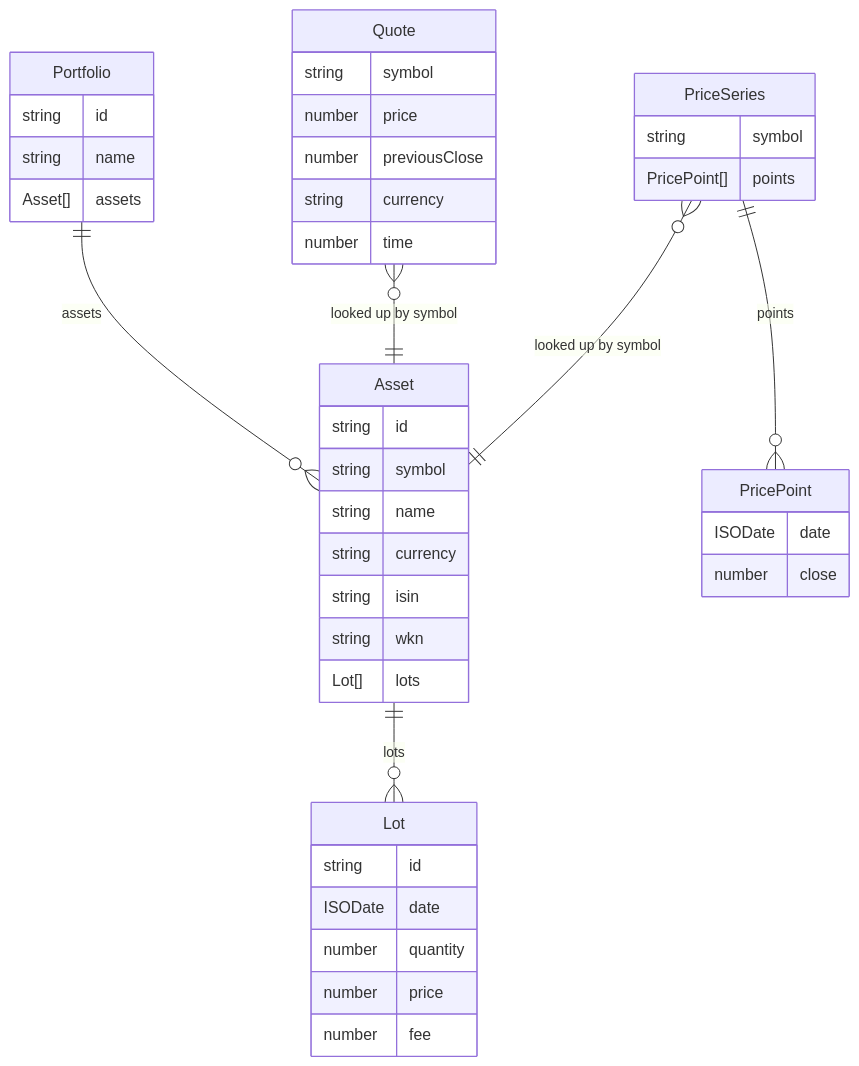
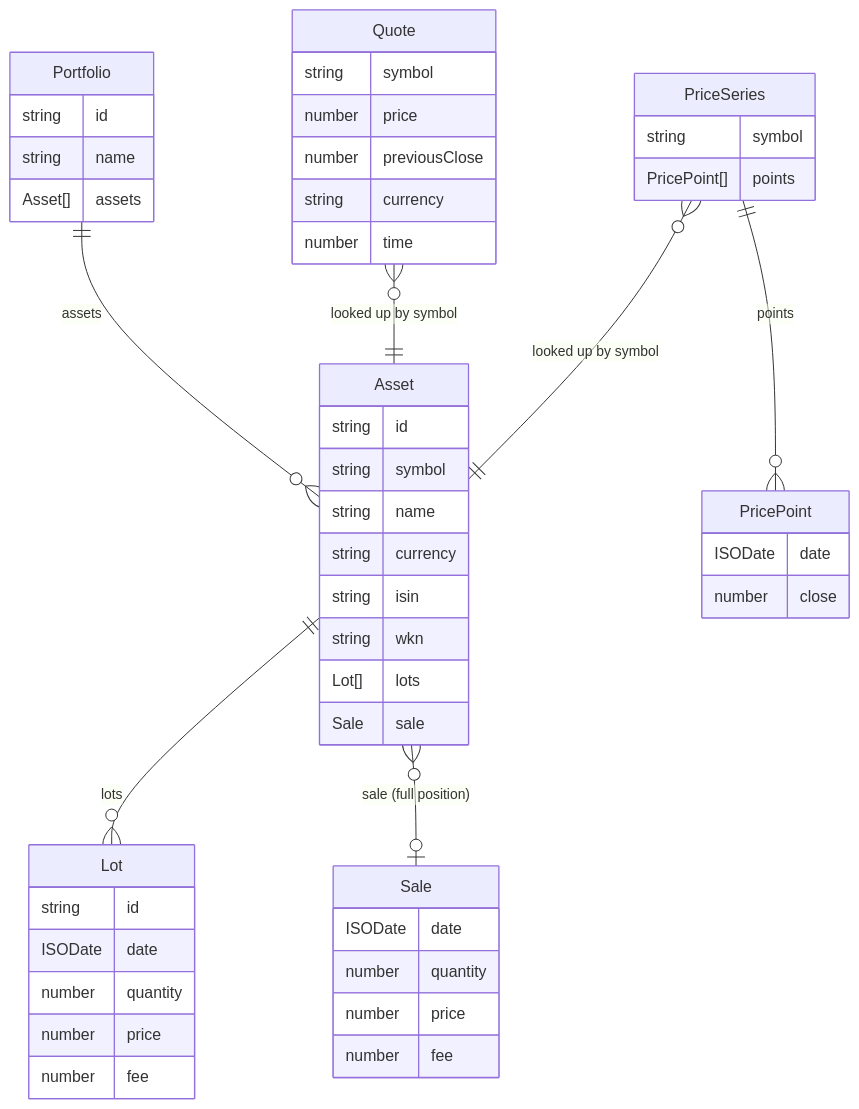
The diagram in openwiki/domain/model.md (Gram21/fundle), drawn with Mermaid before and after one commit. The commit also changed other lines of this file and 20 other files, not shown here.

````diff
--- a/openwiki/domain/model.md
+++ b/openwiki/domain/model.md
@@ -14,45 +14,53 @@
 ```mermaid
 erDiagram
     Portfolio ||--o{ Asset : "assets"
     Asset ||--o{ Lot : "lots"
+    Asset }o--o| Sale : "sale (full position)"
     PriceSeries ||--o{ PricePoint : "points"
     Quote }o--|| Asset : "looked up by symbol"
     PriceSeries }o--|| Asset : "looked up by symbol"
 
     Portfolio {
         string id
         string name
         Asset[] assets
     }
     Asset {
         string id
         string symbol
         string name
         string currency
         string isin
         string wkn
         Lot[] lots
+        Sale sale
     }
     Lot {
         string id
+        ISODate date
+        number quantity
+        number price
+        number fee
+    }
+    Sale {
         ISODate date
         number quantity
         number price
         number fee
     }
     PricePoint {
         ISODate date
         number close
     }
     PriceSeries {
         string symbol
         PricePoint[] points
     }
     Quote {
         string symbol
         number price
         number previousClose
         string currency
         number time
     }
 ```
````
